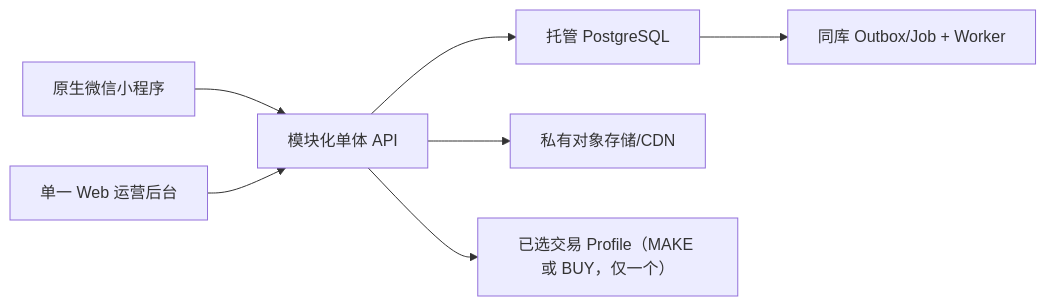
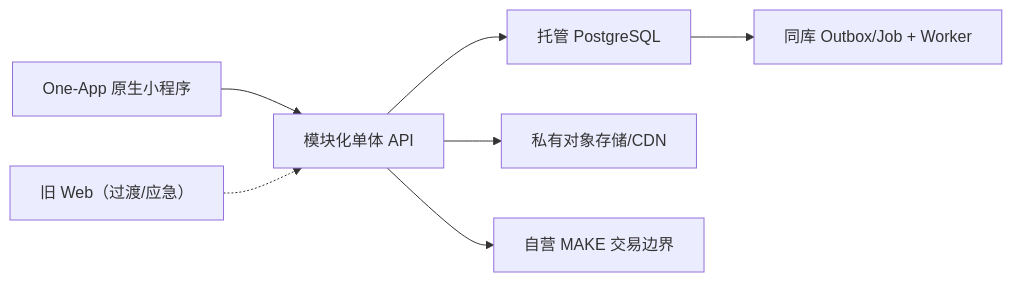
Before and after one commit to Eysn0130/cisme-wechat-miniapp: the second of 2 diagrams in docs/product/CISME-产品需求文档-PRD-V2.1-R4.md, drawn with Mermaid. The commit also changed other lines of this file and 155 other files, not shown here.

````diff
--- a/docs/product/CISME-产品需求文档-PRD-V2.1-R4.md
+++ b/docs/product/CISME-产品需求文档-PRD-V2.1-R4.md
@@ -401,9 +421,9 @@
 ```mermaid
 flowchart LR
-    MP["原生微信小程序"] --> API["模块化单体 API"]
-    ADM["单一 Web 运营后台"] --> API
+    MP["One-App 原生小程序"] --> API["模块化单体 API"]
+    LEGACY["旧 Web（过渡/应急）"] -.-> API
     API --> DB["托管 PostgreSQL"]
     API --> OSS["私有对象存储/CDN"]
     DB --> WORKER["同库 Outbox/Job + Worker"]
-    API --> TX["已选交易 Profile（MAKE 或 BUY，仅一个）"]
+    API --> TX["自营 MAKE 交易边界"]
 ```
````
